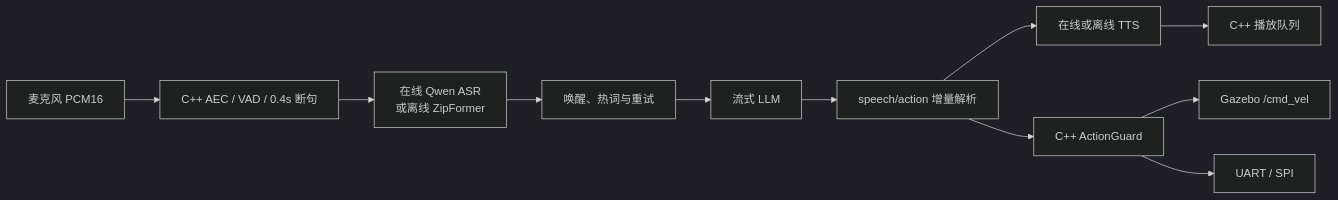
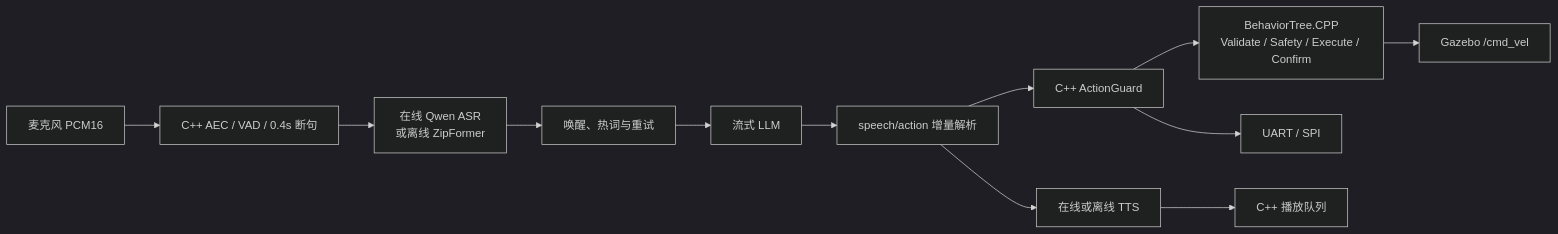
Before and after one commit to Edddddddddy/embodied_agent_ws: the diagram in README.md, drawn with Mermaid (dark theme). The commit also changed other lines of this file and 15 other files, not shown here.

````diff
--- a/README.md
+++ b/README.md
@@ -22,13 +23,14 @@
 ```mermaid
 flowchart LR
   Mic["麦克风 PCM16"] --> Audio["C++ AEC / VAD / 0.4s 断句"]
   Audio --> ASR["在线 Qwen ASR<br/>或离线 ZipFormer"]
   ASR --> Wake["唤醒、热词与重试"]
   Wake --> LLM["流式 LLM"]
   LLM --> Parser["speech/action 增量解析"]
   Parser --> TTS["在线或离线 TTS"]
   Parser --> Guard["C++ ActionGuard"]
-  Guard --> Sim["Gazebo /cmd_vel"]
+  Guard --> BT["BehaviorTree.CPP<br/>Validate / Safety / Execute / Confirm"]
+  BT --> Sim["Gazebo /cmd_vel"]
   Guard --> HW["UART / SPI"]
   TTS --> Speaker["C++ 播放队列"]
 ```
````
